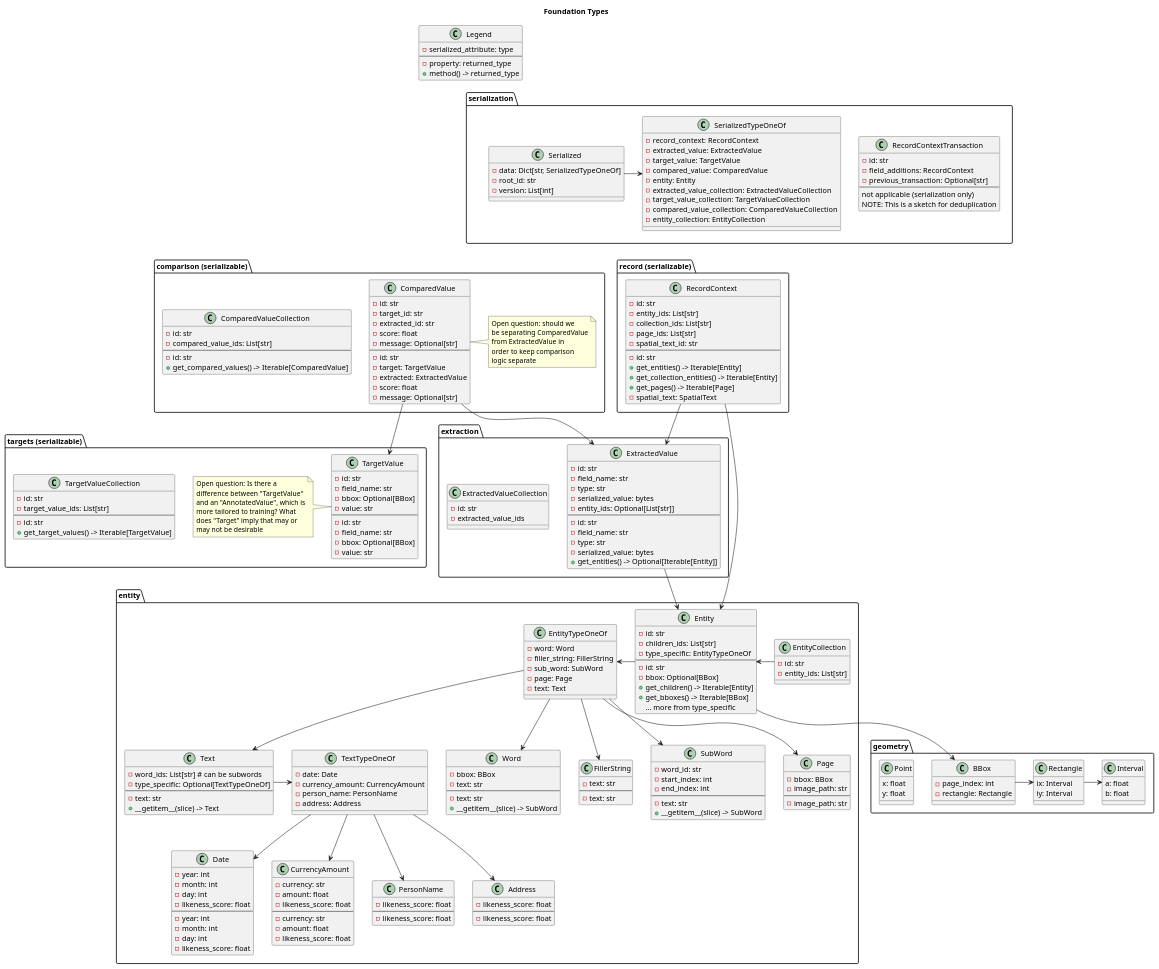
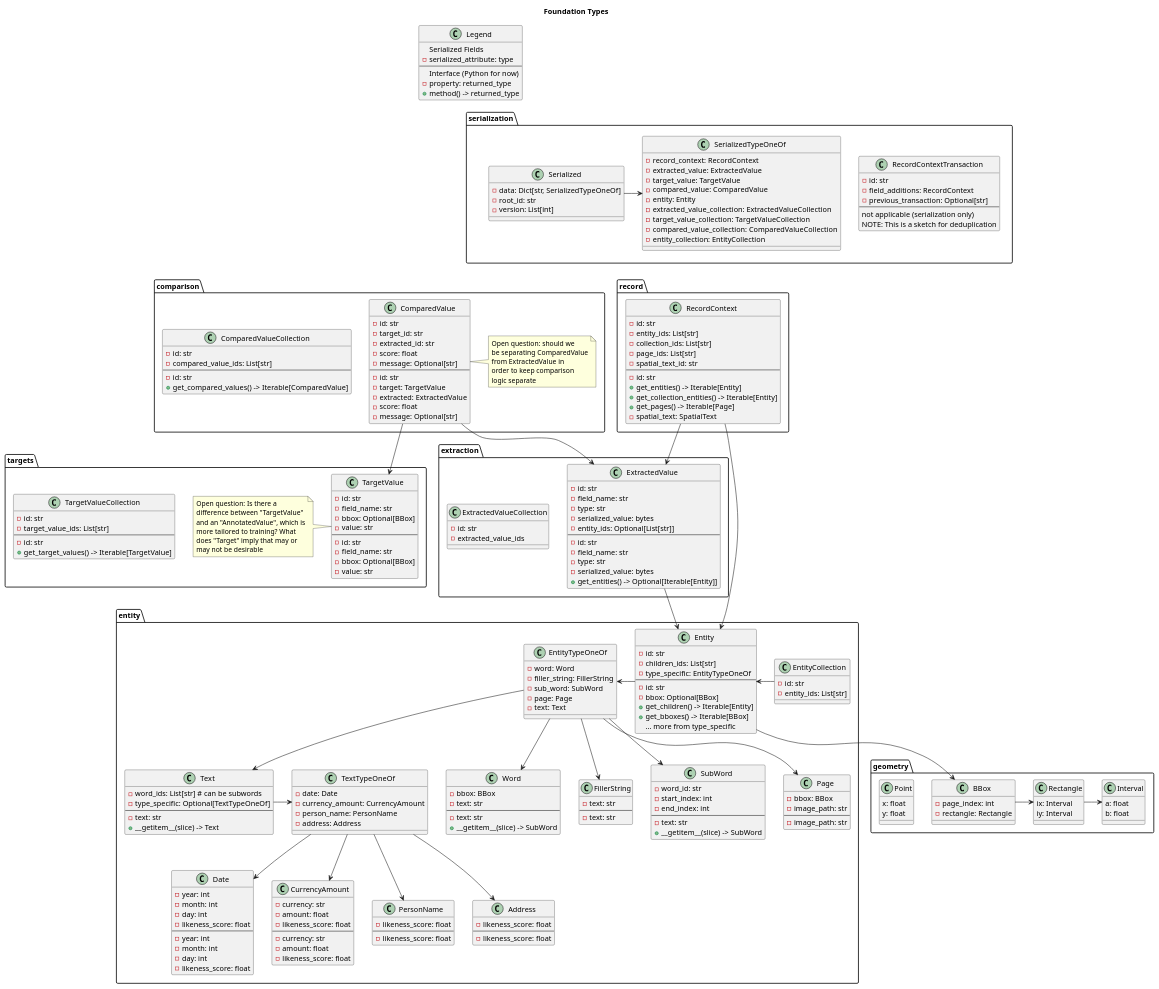
Before and after one commit to instabase/foundation: the diagram in types.wsd, drawn with PlantUML. The commit also changed 1 other file, not shown here.

Commit message:
conversion tests, remove serializable from plantuml

```diff
--- a/types.wsd
+++ b/types.wsd
@@ -3,8 +3,10 @@
 title "Foundation Types"
 
 class Legend {
+  Serialized Fields
   - serialized_attribute: type
   ---
+  Interface (Python for now)
   - property: returned_type
   + method() -> returned_type
 }
@@ -41,7 +43,7 @@
 
 Legend -[hidden]->serialization
 
-package "targets (serializable)" as targets {
+package "targets" as targets {
   class TargetValue {
     - id: str
     - field_name: str
@@ -70,7 +72,7 @@
   }
 }
 
-package "comparison (serializable)" as comparison {
+package "comparison" as comparison {
   class ComparedValueCollection {
     - id: str
     - compared_value_ids: List[str]
@@ -100,7 +102,7 @@
   }
 }
 
-package "record (serializable)" as record {
+package "record" as record {
   class RecordContext {
     - id: str
     - entity_ids: List[str]
```
